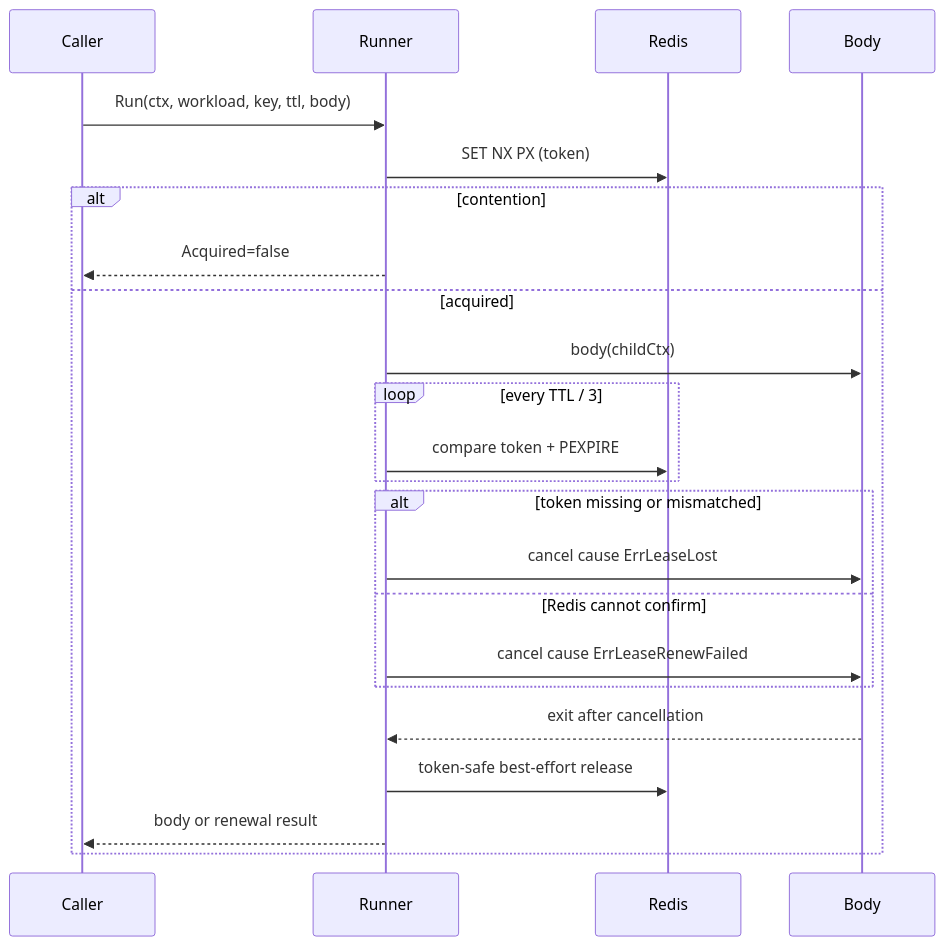
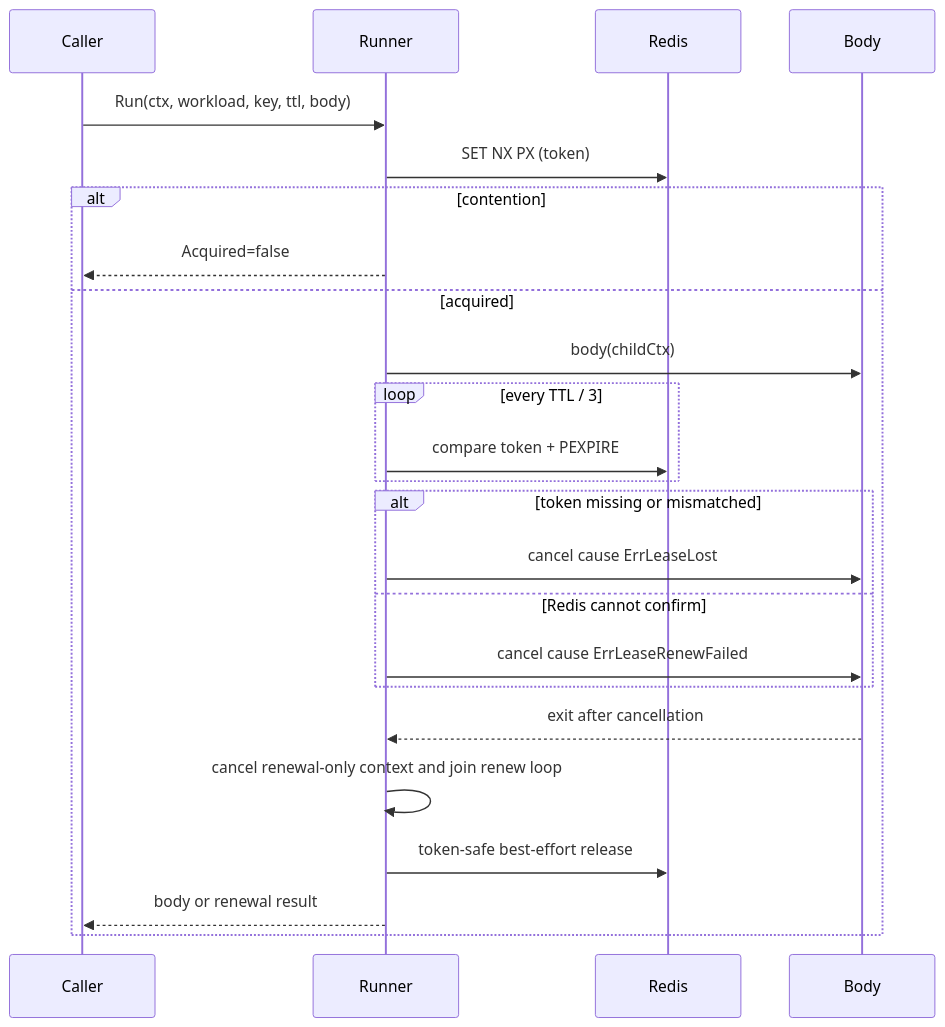
One commit to FangcunMount/qs-server changed the diagram in docs/03-基础设施/concurrency/11-LockLease租约锁与续租治理.md. Above: the diagram before and after it, drawn with Mermaid. The commit also changed other lines of this file and 47 other files, not shown here.

````diff
--- a/docs/03-基础设施/concurrency/11-LockLease租约锁与续租治理.md
+++ b/docs/03-基础设施/concurrency/11-LockLease租约锁与续租治理.md
@@ -24,26 +24,27 @@
 ```mermaid
 sequenceDiagram
     participant Caller
     participant Runner
     participant Redis
     participant Body
 
     Caller->>Runner: Run(ctx, workload, key, ttl, body)
     Runner->>Redis: SET NX PX (token)
     alt contention
         Runner-->>Caller: Acquired=false
     else acquired
         Runner->>Body: body(childCtx)
         loop every TTL / 3
             Runner->>Redis: compare token + PEXPIRE
         end
         alt token missing or mismatched
             Runner->>Body: cancel cause ErrLeaseLost
         else Redis cannot confirm
             Runner->>Body: cancel cause ErrLeaseRenewFailed
         end
         Body-->>Runner: exit after cancellation
+        Runner->>Runner: cancel renewal-only context and join renew loop
         Runner->>Redis: token-safe best-effort release
         Runner-->>Caller: body or renewal result
     end
 ```
````
